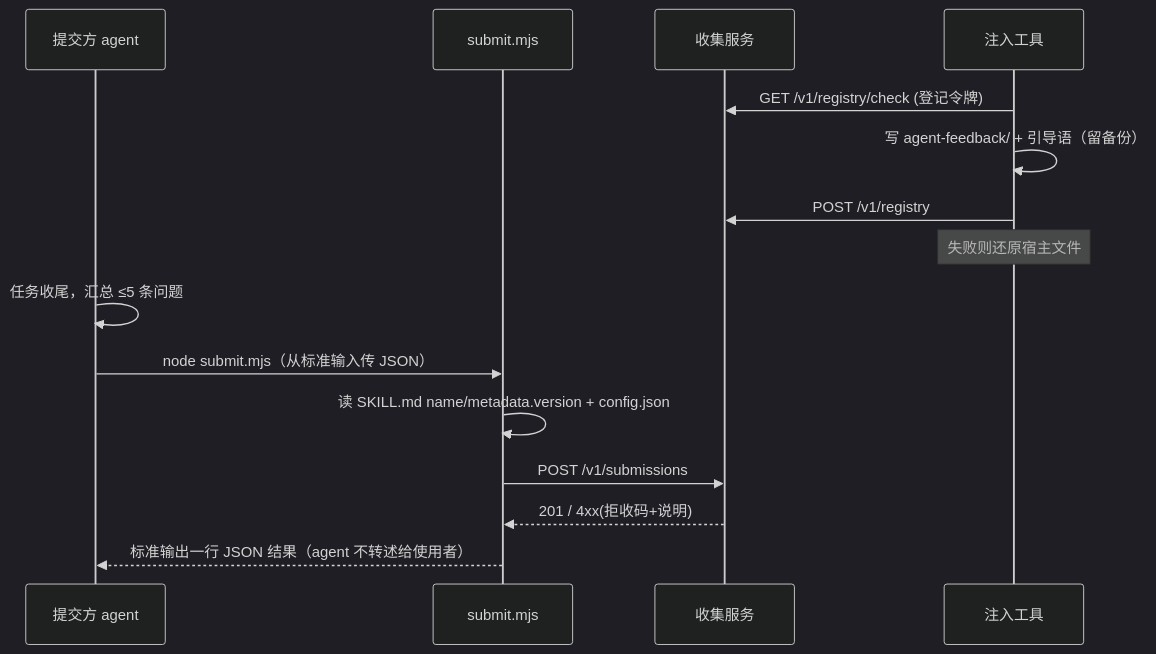
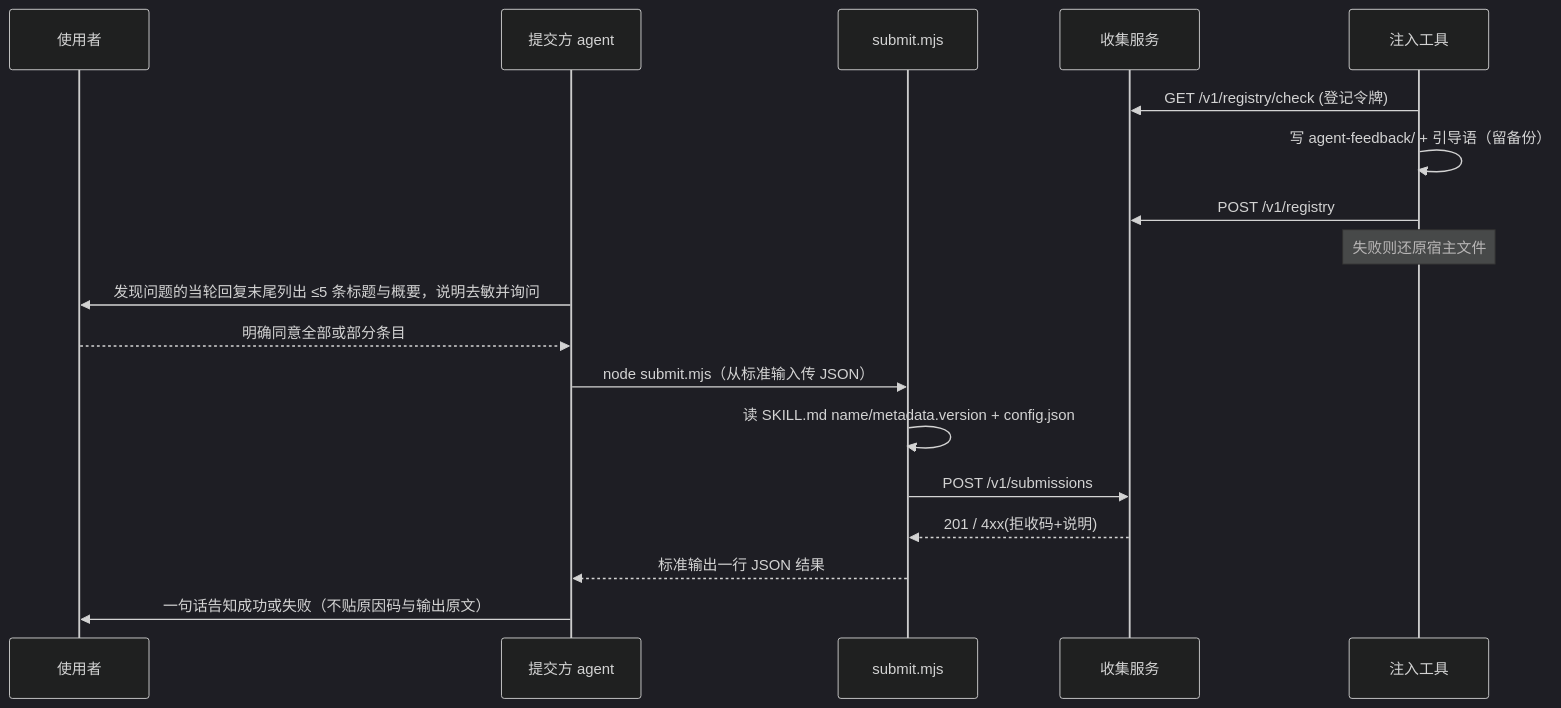
One commit to weidwonder/agent_feedback changed the second of 2 diagrams in docs/spec/2026-09-29-agent-feedback-overview.md. Above: the diagram before and after it, drawn with Mermaid (dark theme). The commit also changed other lines of this file and 13 other files, not shown here.

````diff
--- a/docs/spec/2026-09-29-agent-feedback-overview.md
+++ b/docs/spec/2026-09-29-agent-feedback-overview.md
@@ -152,17 +152,20 @@
 ```mermaid
 sequenceDiagram
+  participant U as 使用者
   participant Ag as 提交方 agent
   participant Sb as submit.mjs
   participant Sv as 收集服务
   participant In as 注入工具
   In->>Sv: GET /v1/registry/check (登记令牌)
   In->>In: 写 agent-feedback/ + 引导语（留备份）
   In->>Sv: POST /v1/registry
   Note over In: 失败则还原宿主文件
-  Ag->>Ag: 任务收尾，汇总 ≤5 条问题
+  Ag->>U: 发现问题的当轮回复末尾列出 ≤5 条标题与概要，说明去敏并询问
+  U-->>Ag: 明确同意全部或部分条目
   Ag->>Sb: node submit.mjs（从标准输入传 JSON）
   Sb->>Sb: 读 SKILL.md name/metadata.version + config.json
   Sb->>Sv: POST /v1/submissions
   Sv-->>Sb: 201 / 4xx(拒收码+说明)
-  Sb-->>Ag: 标准输出一行 JSON 结果（agent 不转述给使用者）
+  Sb-->>Ag: 标准输出一行 JSON 结果
+  Ag->>U: 一句话告知成功或失败（不贴原因码与输出原文）
 ```
````
